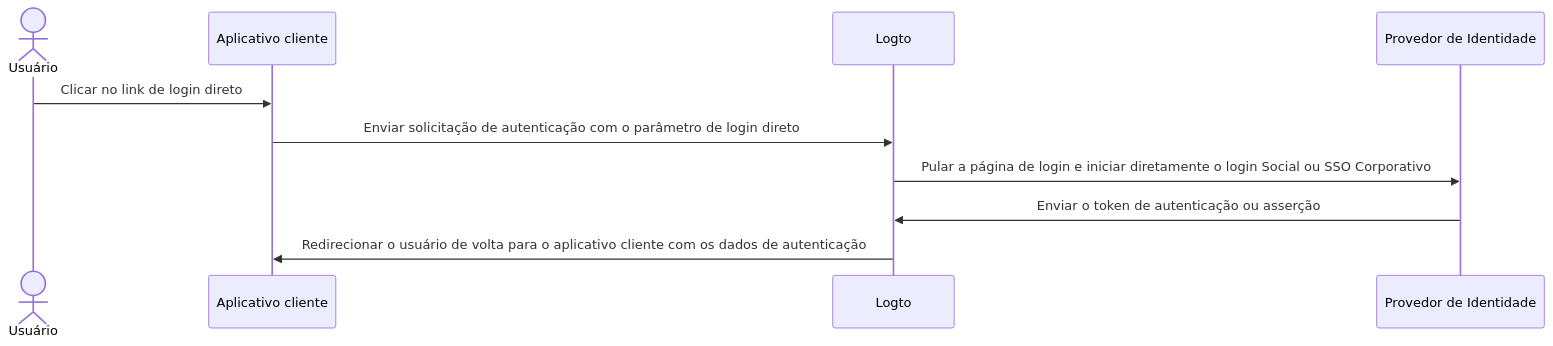
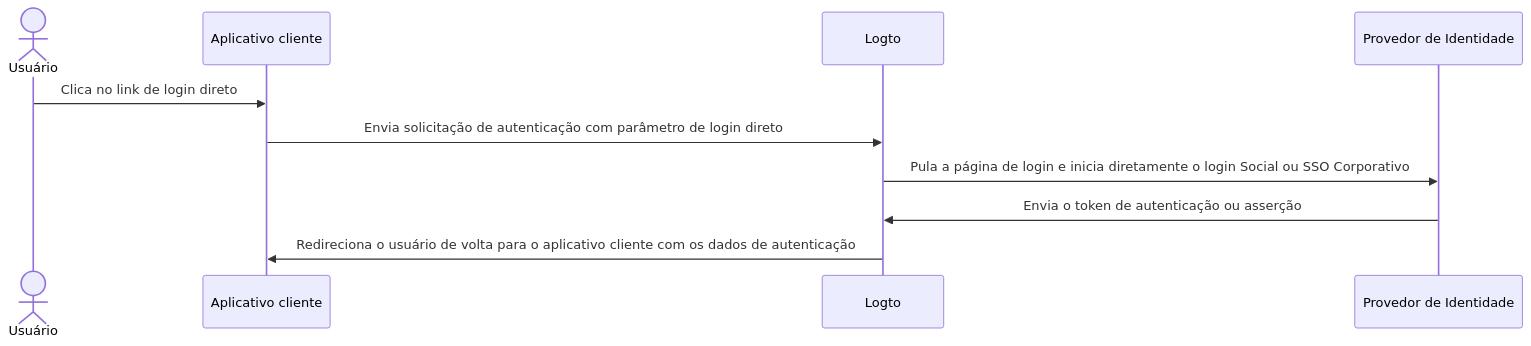
One commit to logto-io/docs changed the diagram in i18n/pt-BR/docusaurus-plugin-content-docs/current/end-user-flows/authentication-parameters/direct-sign-in.mdx. Above: the diagram before and after it, drawn with Mermaid. The commit also changed other lines of this file and 428 other files, not shown here.

````diff
--- a/i18n/pt-BR/docusaurus-plugin-content-docs/current/end-user-flows/authentication-parameters/direct-sign-in.mdx
+++ b/i18n/pt-BR/docusaurus-plugin-content-docs/current/end-user-flows/authentication-parameters/direct-sign-in.mdx
@@ -11,13 +11,13 @@
 ```mermaid
 sequenceDiagram
     actor user as Usuário
     participant app as Aplicativo cliente
     participant logto as Logto
     participant idp as Provedor de Identidade
 
-    user->>app: Clicar no link de login direto
-    app->>logto: Enviar solicitação de autenticação com o parâmetro de login direto
-    logto->>idp: Pular a página de login e iniciar diretamente o login Social ou SSO Corporativo
-    idp->>logto: Enviar o token de autenticação ou asserção
-    logto->>app: Redirecionar o usuário de volta para o aplicativo cliente com os dados de autenticação
+    user->>app: Clica no link de login direto
+    app->>logto: Envia solicitação de autenticação com parâmetro de login direto
+    logto->>idp: Pula a página de login e inicia diretamente o login Social ou SSO Corporativo
+    idp->>logto: Envia o token de autenticação ou asserção
+    logto->>app: Redireciona o usuário de volta para o aplicativo cliente com os dados de autenticação
 ```
````
